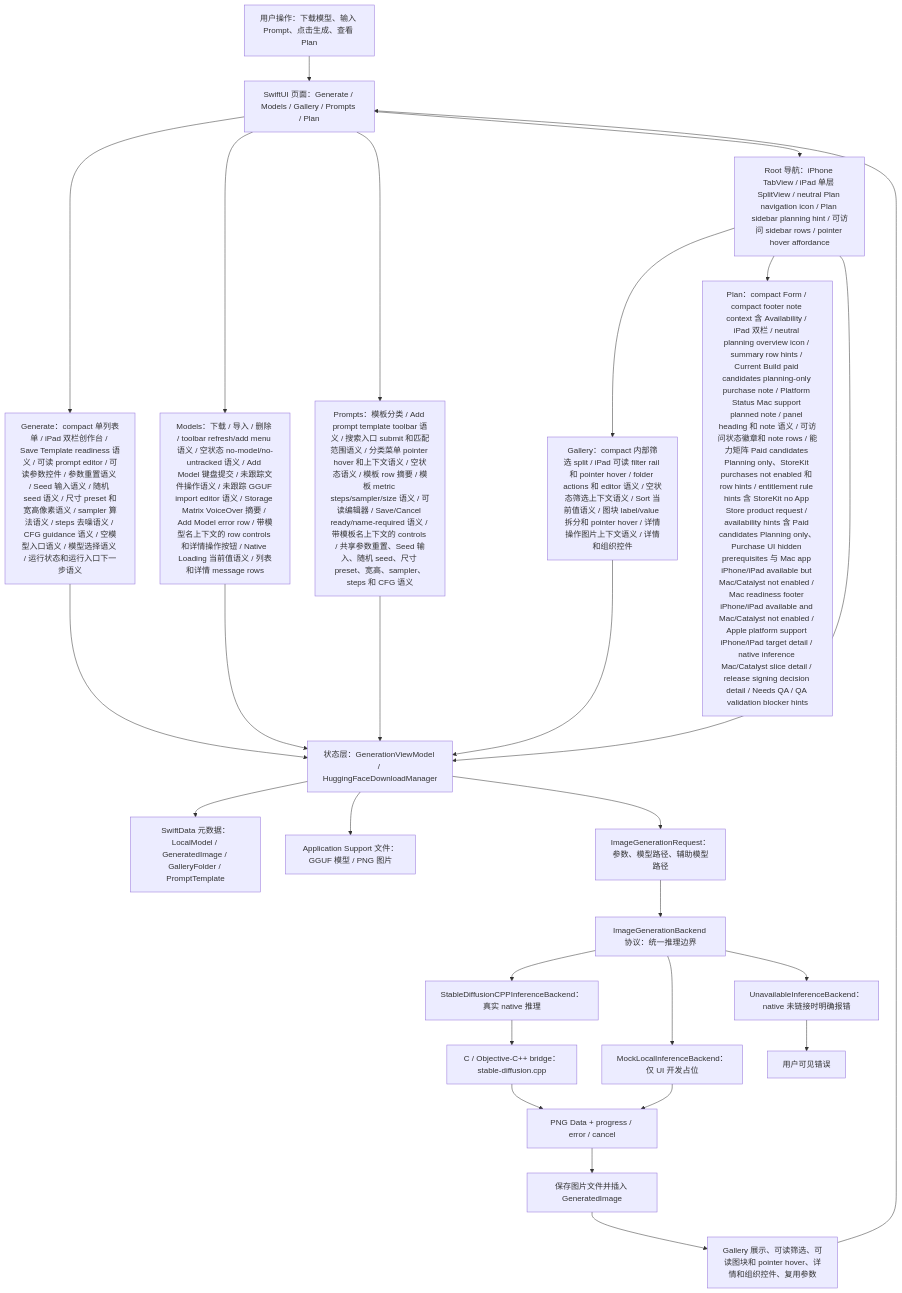
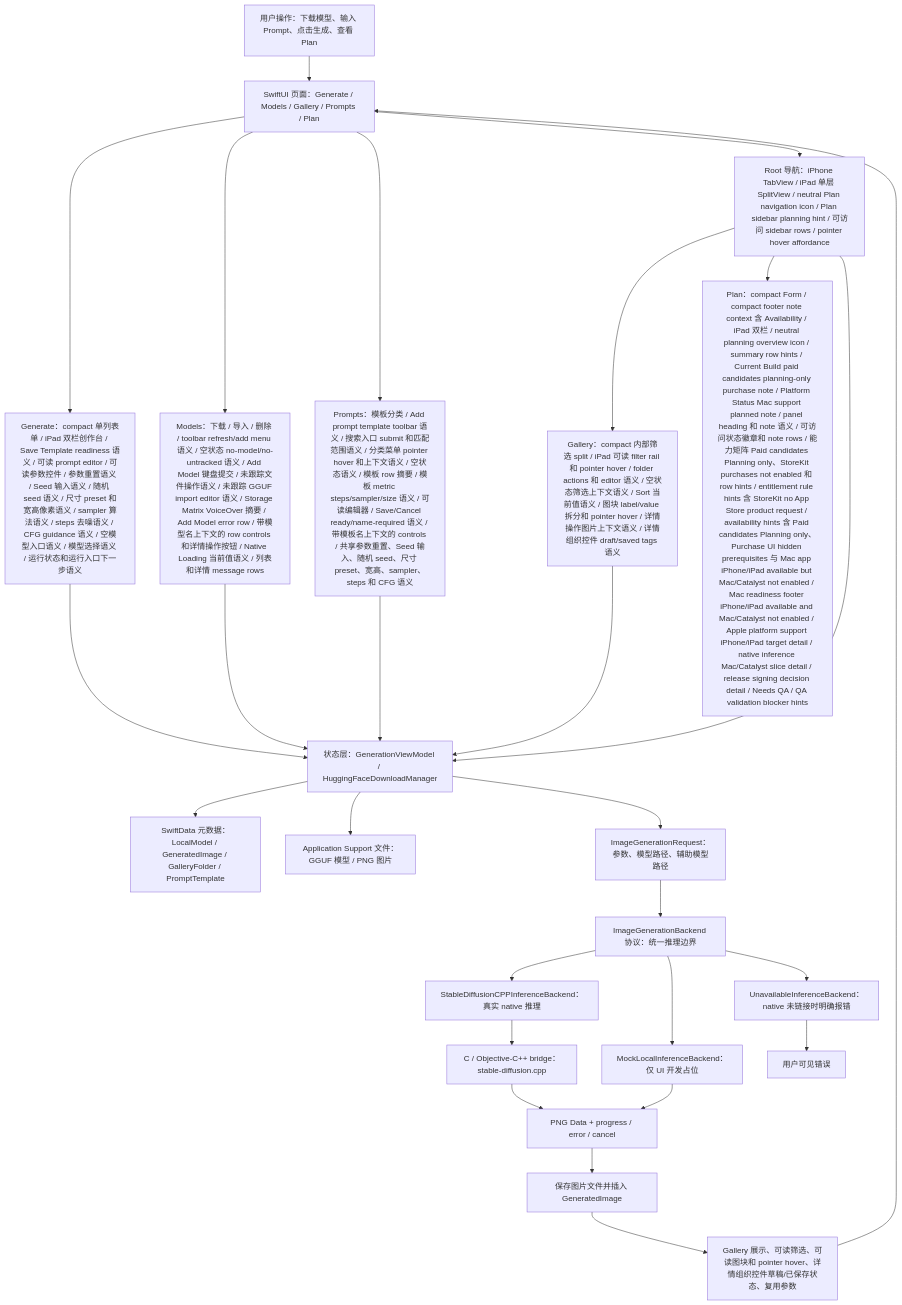
One commit to Altman-sam114/118 changed the first of 7 diagrams in md/flow/flowchart.md. Above: the diagram before and after it, drawn with Mermaid. The commit also changed 5 other files, not shown here.

First line of the commit message:
v1.92: Gallery tag draft semantics

````diff
--- a/md/flow/flowchart.md
+++ b/md/flow/flowchart.md
@@ -9,29 +9,29 @@
 ```mermaid
 flowchart TD
   U["用户操作：下载模型、输入 Prompt、点击生成、查看 Plan"] --> UI["SwiftUI 页面：Generate / Models / Gallery / Prompts / Plan"]
   UI --> GENUI["Generate：compact 单列表单 / iPad 双栏创作台 / Save Template readiness 语义 / 可读 prompt editor / 可读参数控件 / 参数重置语义 / Seed 输入语义 / 随机 seed 语义 / 尺寸 preset 和宽高像素语义 / sampler 算法语义 / steps 去噪语义 / CFG guidance 语义 / 空模型入口语义 / 模型选择语义 / 运行状态和运行入口下一步语义"]
   UI --> MODELUI["Models：下载 / 导入 / 删除 / toolbar refresh/add menu 语义 / 空状态 no-model/no-untracked 语义 / Add Model 键盘提交 / 未跟踪文件操作语义 / 未跟踪 GGUF import editor 语义 / Storage Matrix VoiceOver 摘要 / Add Model error row / 带模型名上下文的 row controls 和详情操作按钮 / Native Loading 当前值语义 / 列表和详情 message rows"]
   UI --> PROMPTUI["Prompts：模板分类 / Add prompt template toolbar 语义 / 搜索入口 submit 和匹配范围语义 / 分类菜单 pointer hover 和上下文语义 / 空状态语义 / 模板 row 摘要 / 模板 metric steps/sampler/size 语义 / 可读编辑器 / Save/Cancel ready/name-required 语义 / 带模板名上下文的 controls / 共享参数重置、Seed 输入、随机 seed、尺寸 preset、宽高、sampler、steps 和 CFG 语义"]
   UI --> NAV["Root 导航：iPhone TabView / iPad 单层 SplitView / neutral Plan navigation icon / Plan sidebar planning hint / 可访问 sidebar rows / pointer hover affordance"]
-  NAV --> GALUI["Gallery：compact 内部筛选 split / iPad 可读 filter rail 和 pointer hover / folder actions 和 editor 语义 / 空状态筛选上下文语义 / Sort 当前值语义 / 图块 label/value 拆分和 pointer hover / 详情操作图片上下文语义 / 详情和组织控件"]
+  NAV --> GALUI["Gallery：compact 内部筛选 split / iPad 可读 filter rail 和 pointer hover / folder actions 和 editor 语义 / 空状态筛选上下文语义 / Sort 当前值语义 / 图块 label/value 拆分和 pointer hover / 详情操作图片上下文语义 / 详情组织控件 draft/saved tags 语义"]
   NAV --> PLANUI["Plan：compact Form / compact footer note context 含 Availability / iPad 双栏 / neutral planning overview icon / summary row hints / Current Build paid candidates planning-only purchase note / Platform Status Mac support planned note / panel heading 和 note 语义 / 可访问状态徽章和 note rows / 能力矩阵 Paid candidates Planning only、StoreKit purchases not enabled 和 row hints / entitlement rule hints 含 StoreKit no App Store product request / availability hints 含 Paid candidates Planning only、Purchase UI hidden prerequisites 与 Mac app iPhone/iPad available but Mac/Catalyst not enabled / Mac readiness footer iPhone/iPad available and Mac/Catalyst not enabled / Apple platform support iPhone/iPad target detail / native inference Mac/Catalyst slice detail / release signing decision detail / Needs QA / QA validation blocker hints"]
   NAV --> VM["状态层：GenerationViewModel / HuggingFaceDownloadManager"]
   GENUI --> VM
   MODELUI --> VM
   PROMPTUI --> VM
   GALUI --> VM
   VM --> SD["SwiftData 元数据：LocalModel / GeneratedImage / GalleryFolder / PromptTemplate"]
   VM --> FS["Application Support 文件：GGUF 模型 / PNG 图片"]
   VM --> REQ["ImageGenerationRequest：参数、模型路径、辅助模型路径"]
   REQ --> IFACE["ImageGenerationBackend 协议：统一推理边界"]
   IFACE --> NATIVE["StableDiffusionCPPInferenceBackend：真实 native 推理"]
   IFACE --> MOCK["MockLocalInferenceBackend：仅 UI 开发占位"]
   IFACE --> OFF["UnavailableInferenceBackend：native 未链接时明确报错"]
   NATIVE --> BRIDGE["C / Objective-C++ bridge：stable-diffusion.cpp"]
   BRIDGE --> PNG["PNG Data + progress / error / cancel"]
   MOCK --> PNG
   OFF --> ERR["用户可见错误"]
   PNG --> SAVE["保存图片文件并插入 GeneratedImage"]
-  SAVE --> GALLERY["Gallery 展示、可读筛选、可读图块和 pointer hover、详情和组织控件、复用参数"]
+  SAVE --> GALLERY["Gallery 展示、可读筛选、可读图块和 pointer hover、详情组织控件草稿/已保存状态、复用参数"]
   GALLERY --> UI
 ```
````
